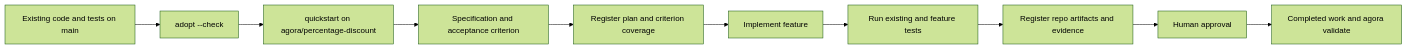
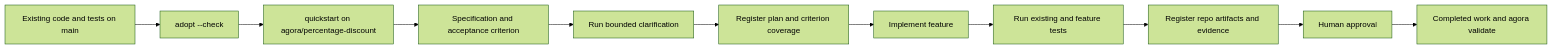
The diagram in samples/existing-codebase-feature/README.md (Modern-Ash/agora), drawn with Mermaid (forest theme) before and after one commit. The commit also changed 1 other file, not shown here.

Commit message:
fix(samples): satisfy clarification gate

````diff
--- a/samples/existing-codebase-feature/README.md
+++ b/samples/existing-codebase-feature/README.md
@@ -9,12 +9,13 @@
 ```mermaid
 flowchart LR
     A[Existing code and tests on main] --> B[adopt --check]
     B --> C[quickstart on agora/percentage-discount]
     C --> D[Specification and acceptance criterion]
-    D --> P[Register plan and criterion coverage]
+    D --> Q[Run bounded clarification]
+    Q --> P[Register plan and criterion coverage]
     P --> E[Implement feature]
     E --> F[Run existing and feature tests]
     F --> G[Register repo artifacts and evidence]
     G --> H[Human approval]
     H --> I[Completed work and agora validate]
 ```
````
